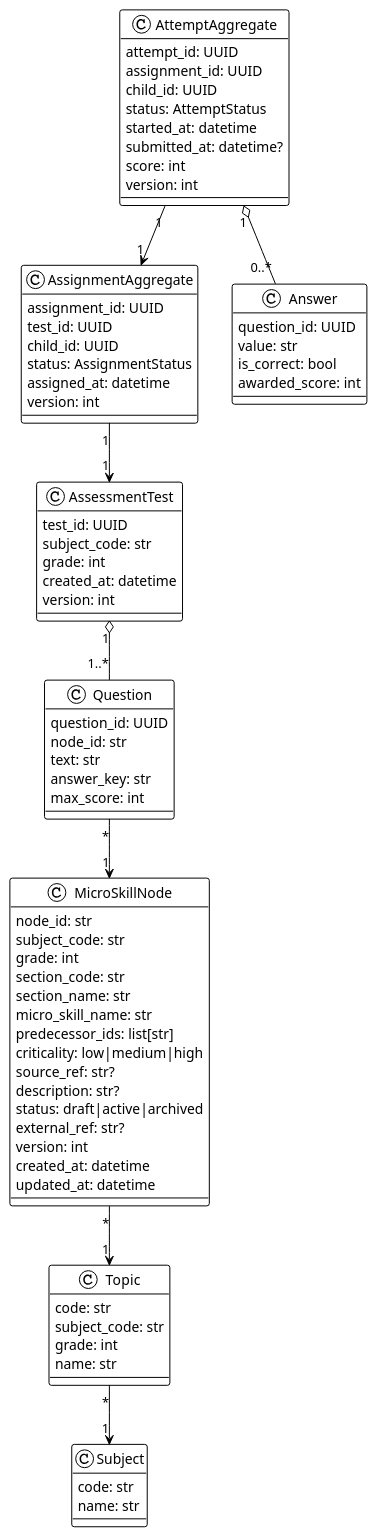
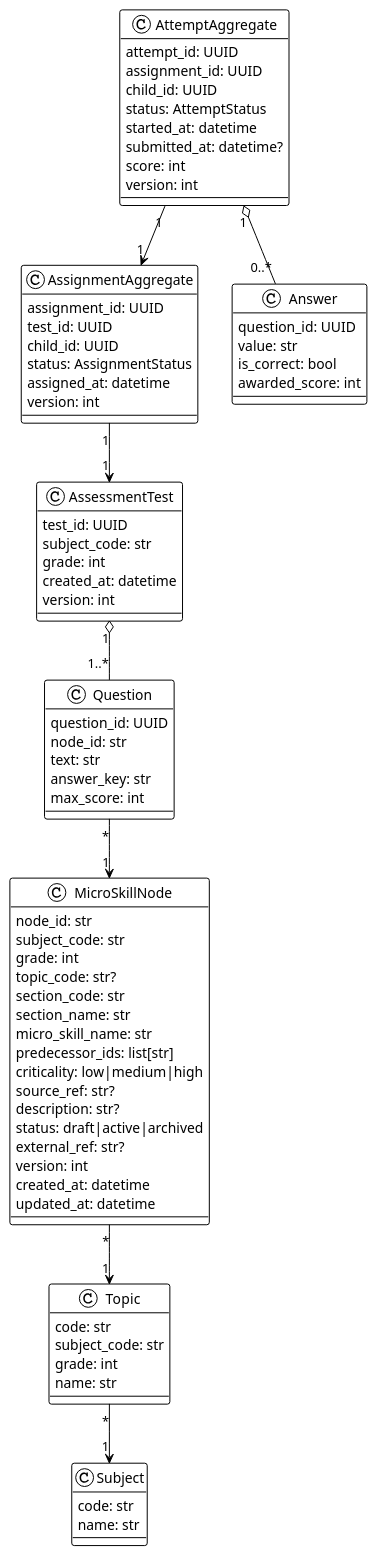
The diagram in docs/diagrams/domain-model.puml (semoleg1986/assessment-service), drawn with PlantUML before and after one commit. The commit also changed 16 other files, not shown here.

Commit message:
feat(micro-skill): bind node to topic_code

```diff
--- a/docs/diagrams/domain-model.puml
+++ b/docs/diagrams/domain-model.puml
@@ -1,86 +1,87 @@
 @startuml
 !theme plain
 skinparam shadowing false
 skinparam packageStyle rectangle
 
 class AssessmentTest {
   test_id: UUID
   subject_code: str
   grade: int
   created_at: datetime
   version: int
 }
 
 class Question {
   question_id: UUID
   node_id: str
   text: str
   answer_key: str
   max_score: int
 }
 
 class AssignmentAggregate {
   assignment_id: UUID
   test_id: UUID
   child_id: UUID
   status: AssignmentStatus
   assigned_at: datetime
   version: int
 }
 
 class AttemptAggregate {
   attempt_id: UUID
   assignment_id: UUID
   child_id: UUID
   status: AttemptStatus
   started_at: datetime
   submitted_at: datetime?
   score: int
   version: int
 }
 
 class Answer {
   question_id: UUID
   value: str
   is_correct: bool
   awarded_score: int
 }
 
 class Subject {
   code: str
   name: str
 }
 
 class Topic {
   code: str
   subject_code: str
   grade: int
   name: str
 }
 
 class MicroSkillNode {
   node_id: str
   subject_code: str
   grade: int
+  topic_code: str?
   section_code: str
   section_name: str
   micro_skill_name: str
   predecessor_ids: list[str]
   criticality: low|medium|high
   source_ref: str?
   description: str?
   status: draft|active|archived
   external_ref: str?
   version: int
   created_at: datetime
   updated_at: datetime
 }
 
 AssessmentTest "1" o-- "1..*" Question
 AssignmentAggregate "1" --> "1" AssessmentTest
 AttemptAggregate "1" --> "1" AssignmentAggregate
 AttemptAggregate "1" o-- "0..*" Answer
 Topic "*" --> "1" Subject
 Question "*" --> "1" MicroSkillNode
 MicroSkillNode "*" --> "1" Topic
 @enduml
```
